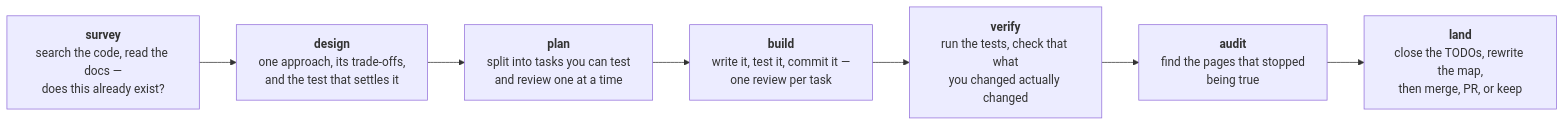
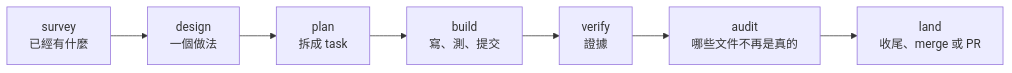
One commit to FanFantom9452/FanKeel changed the diagram in README.md. Above: the diagram before and after it, drawn with Mermaid. The commit also changed other lines of this file, not shown here.

````diff
--- a/README.md
+++ b/README.md
@@ -76,12 +49,4 @@
 ```mermaid
 flowchart LR
-    S["<b>survey</b><br/>search the code, read the docs —<br/>does this already exist?"]
-    D["<b>design</b><br/>one approach, its trade-offs,<br/>and the test that settles it"]
-    P["<b>plan</b><br/>split into tasks you can test<br/>and review one at a time"]
-    B["<b>build</b><br/>write it, test it, commit it —<br/>one review per task"]
-    V["<b>verify</b><br/>run the tests, check that what<br/>you changed actually changed"]
-    A["<b>audit</b><br/>find the pages that stopped<br/>being true"]
-    L["<b>land</b><br/>close the TODOs, rewrite the map,<br/>then merge, PR, or keep"]
-
-    S --> D --> P --> B --> V --> A --> L
+    S["survey<br/>已經有什麼"] --> D["design<br/>一個做法"] --> P["plan<br/>拆成 task"] --> B["build<br/>寫、測、提交"] --> V["verify<br/>證據"] --> A["audit<br/>哪些文件不再是真的"] --> L["land<br/>收尾、merge 或 PR"]
 ```
````
